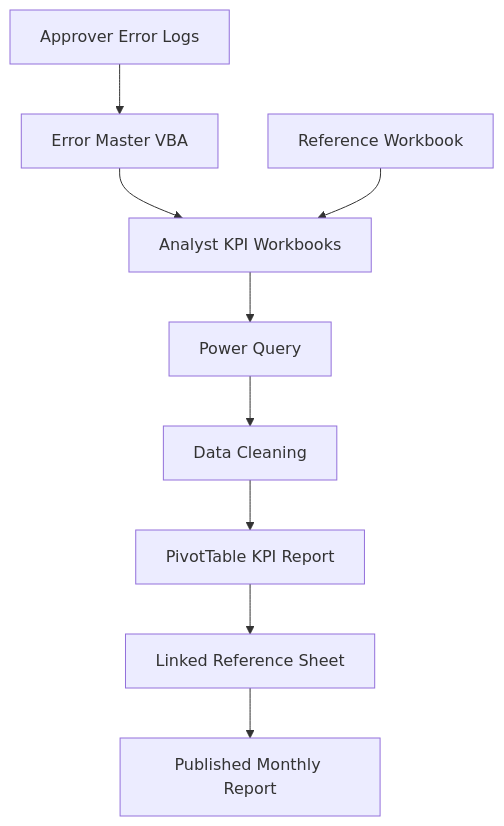
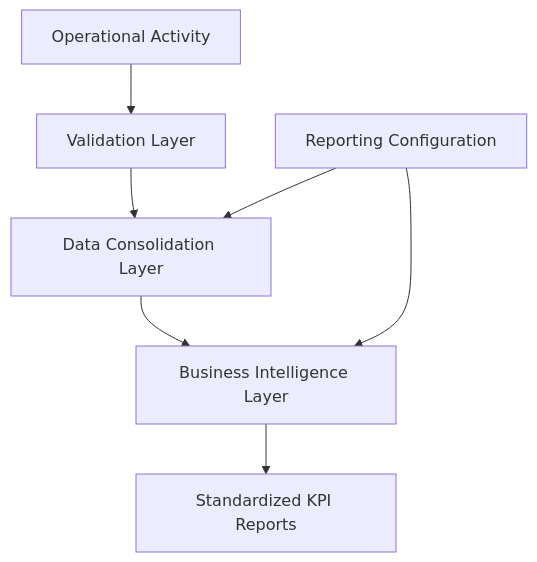
Before and after one commit to Raven0129/ai-automation-portfolio: the diagram in projects/KPI-semi-automation-system/Read.md, drawn with Mermaid. The commit also changed other lines of this file, not shown here.

First line of the commit message:
Revise Read.md for Operational KPI Reporting Platform

````diff
--- a/projects/KPI-semi-automation-system/Read.md
+++ b/projects/KPI-semi-automation-system/Read.md
@@ -72,21 +90,18 @@
 ```mermaid
 flowchart TD
 
-A[Analyst KPI Workbooks] --> PQ
+A[Operational Activity]
 
-E[Approver Error Logs] --> M[Error Master VBA]
+A --> B[Validation Layer]
 
-M --> A
+B --> C[Data Consolidation Layer]
 
-R[Reference Workbook] --> A
+C --> D[Business Intelligence Layer]
 
-PQ[Power Query]
+D --> E[Standardized KPI Reports]
 
-PQ --> C[Data Cleaning]
+F[Reporting Configuration]
 
-C --> P[PivotTable KPI Report]
-
-P --> L[Linked Reference Sheet]
-
-L --> O[Published Monthly Report]
+F --> C
+F --> D
 ```
````
